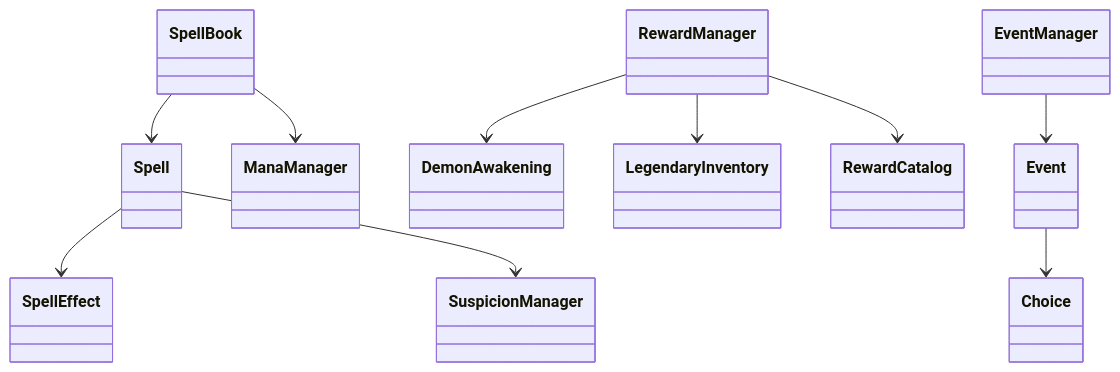
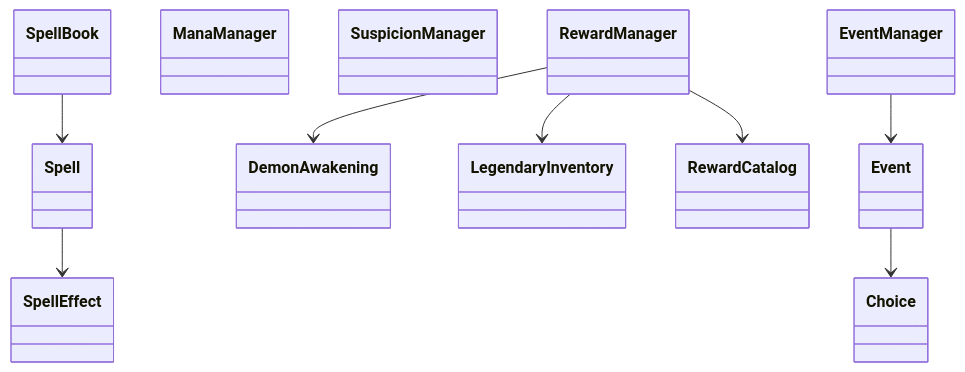
One commit to rlatndud9090/frdy changed the fifth of 6 diagrams in CLASS_DIAGRAM.md. Above: the diagram before and after it, drawn with Mermaid. The commit also changed other lines of this file, not shown here.

Commit message:
docs(core): CLASS_DIAGRAM 관계 정정

````diff
--- a/CLASS_DIAGRAM.md
+++ b/CLASS_DIAGRAM.md
@@ -147,29 +147,26 @@
 ```mermaid
 classDiagram
   class Spell
   class SpellBook
   class SpellEffect
   class ManaManager
   class SuspicionManager
 
   class RewardManager
   class DemonAwakening
   class LegendaryInventory
   class RewardCatalog
 
   class EventManager
   class Event
   class Choice
 
   SpellBook --> Spell
   Spell --> SpellEffect
   RewardManager --> RewardCatalog
   RewardManager --> DemonAwakening
   RewardManager --> LegendaryInventory
 
   EventManager --> Event
   Event --> Choice
-
-  SpellBook --> ManaManager
-  Spell --> SuspicionManager
 ```
````
